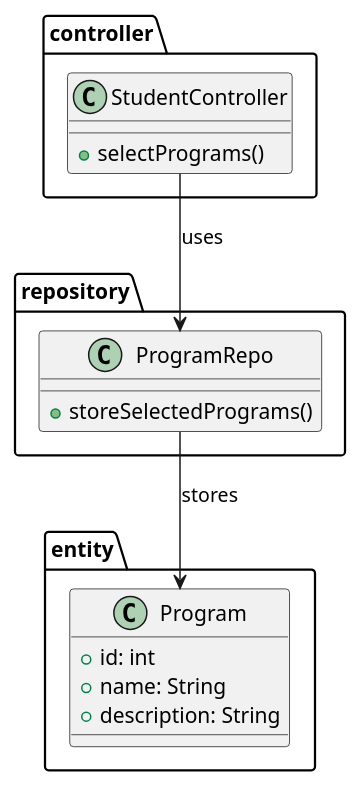
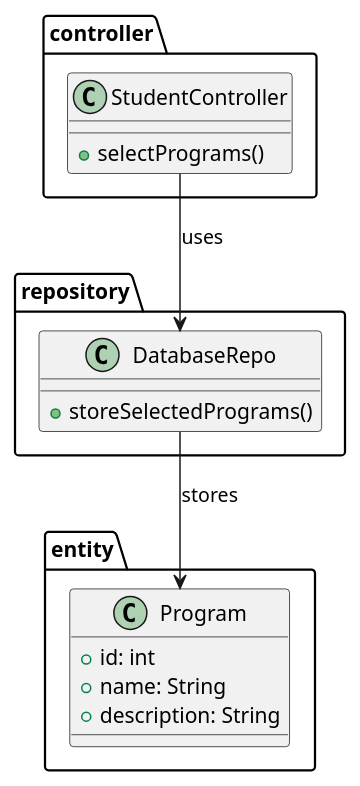
One commit to iamSlightlyWind/Legacy changed the diagram in SWD392/class_diagrams/19_select_programs.puml. Above: the diagram before and after it, drawn with PlantUML. The commit also changed other lines of this file and 68 other files, not shown here.

Commit message:
SWD293: Tree: Clean Diagrams

```diff
--- a/SWD392/class_diagrams/19_select_programs.puml
+++ b/SWD392/class_diagrams/19_select_programs.puml
@@ -2,24 +1,24 @@
 @startuml
 package controller {
     class StudentController {
         +selectPrograms()
     }
 }
 
 package repository {
-    class ProgramRepo {
+    class DatabaseRepo {
         +storeSelectedPrograms()
     }
 }
 
 package entity {
     class Program {
         +id: int
         +name: String
         +description: String
     }
 }
 
-StudentController --> ProgramRepo : uses
-ProgramRepo --> Program : stores
+StudentController --> DatabaseRepo : uses
+DatabaseRepo --> Program : stores
 @enduml
```
